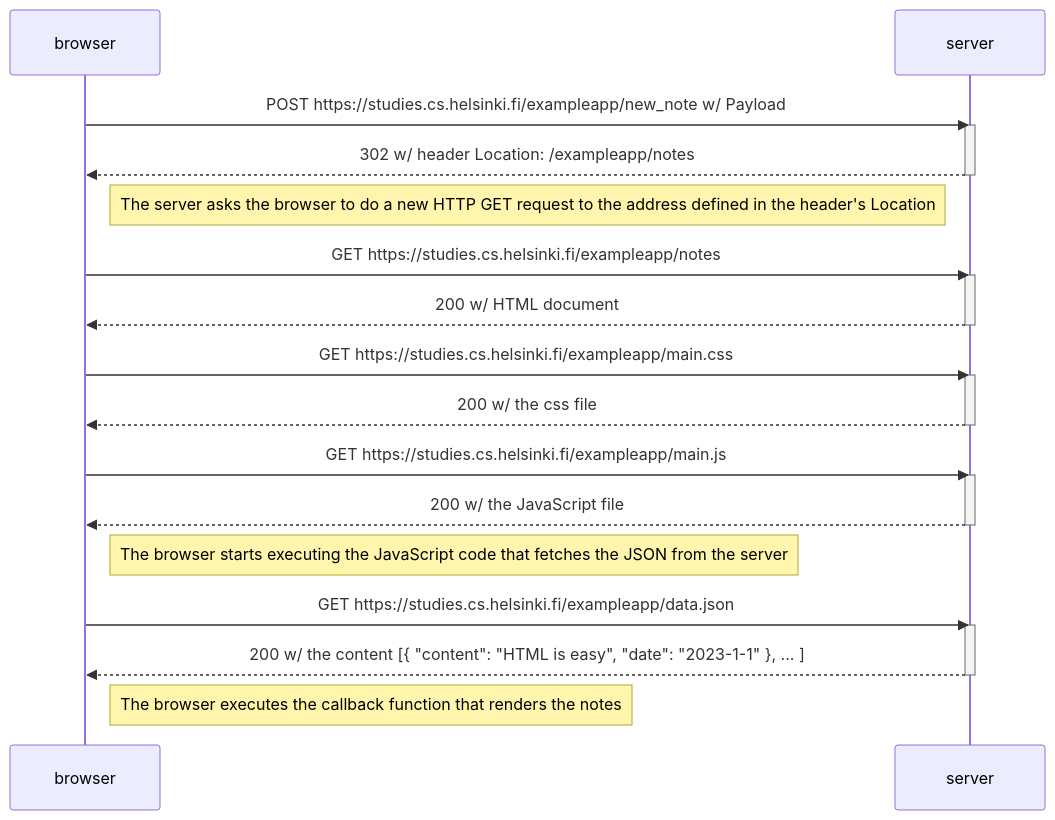
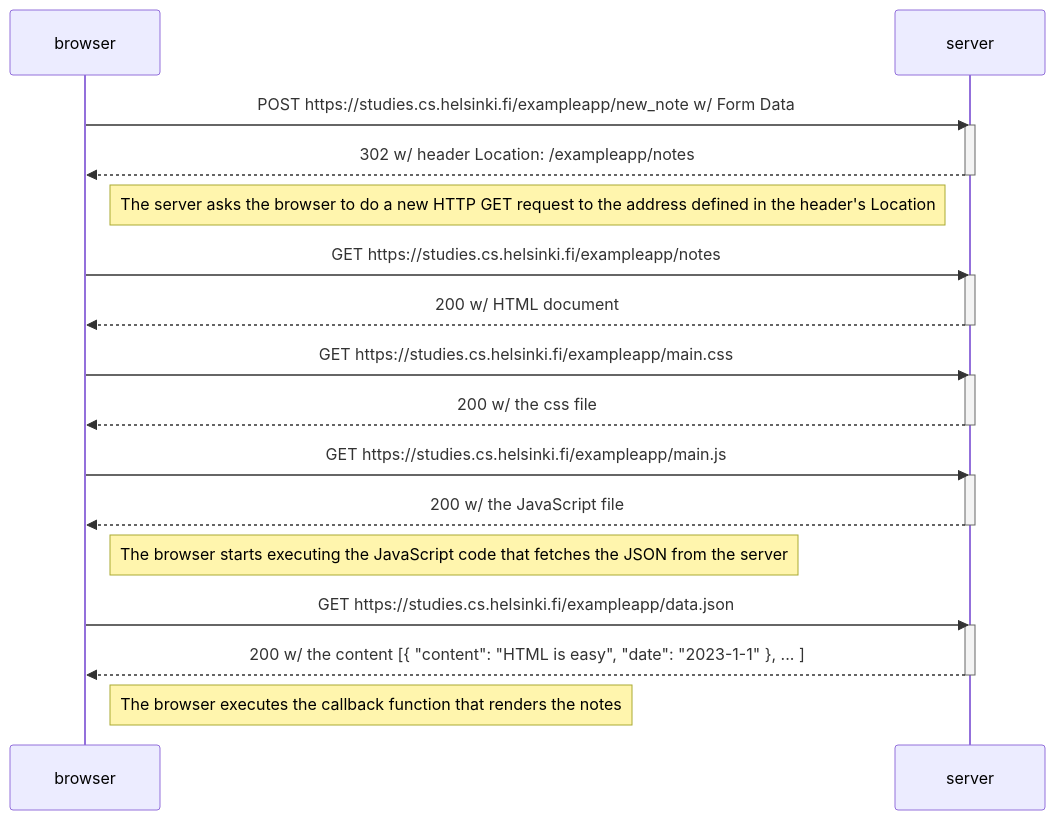
One commit to vasapolrittideah/fullstackopen-course changed the diagram in part0/04-new-note-diagram.md. Above: the diagram before and after it, drawn with Mermaid. The commit also changed 1 other file, not shown here.

Commit message:
part0: update 04-new-note-diagram.md

````diff
--- a/part0/04-new-note-diagram.md
+++ b/part0/04-new-note-diagram.md
@@ -3,35 +3,35 @@
 ```mermaid
 sequenceDiagram
 participant browser
 participant server
 
-      browser->>server: POST https://studies.cs.helsinki.fi/exampleapp/new_note w/ Payload
+      browser->>server: POST https://studies.cs.helsinki.fi/exampleapp/new_note w/ Form Data
       activate server
       server-->>browser: 302 w/ header Location: /exampleapp/notes
       deactivate server
       Note left of server: The server asks the browser to do a new HTTP GET request to the address defined in the header's Location
 
       browser->>server: GET https://studies.cs.helsinki.fi/exampleapp/notes
       activate server
       server-->>browser: 200 w/ HTML document
       deactivate server
 
       browser->>server: GET https://studies.cs.helsinki.fi/exampleapp/main.css
       activate server
       server-->>browser: 200 w/ the css file
       deactivate server
 
       browser->>server: GET https://studies.cs.helsinki.fi/exampleapp/main.js
       activate server
       server-->>browser: 200 w/ the JavaScript file
       deactivate server
 
       Note right of browser: The browser starts executing the JavaScript code that fetches the JSON from the server
 
       browser->>server: GET https://studies.cs.helsinki.fi/exampleapp/data.json
       activate server
       server-->>browser: 200 w/ the content [{ "content": "HTML is easy", "date": "2023-1-1" }, ... ]
       deactivate server
 
       Note right of browser: The browser executes the callback function that renders the notes
 ```
````
